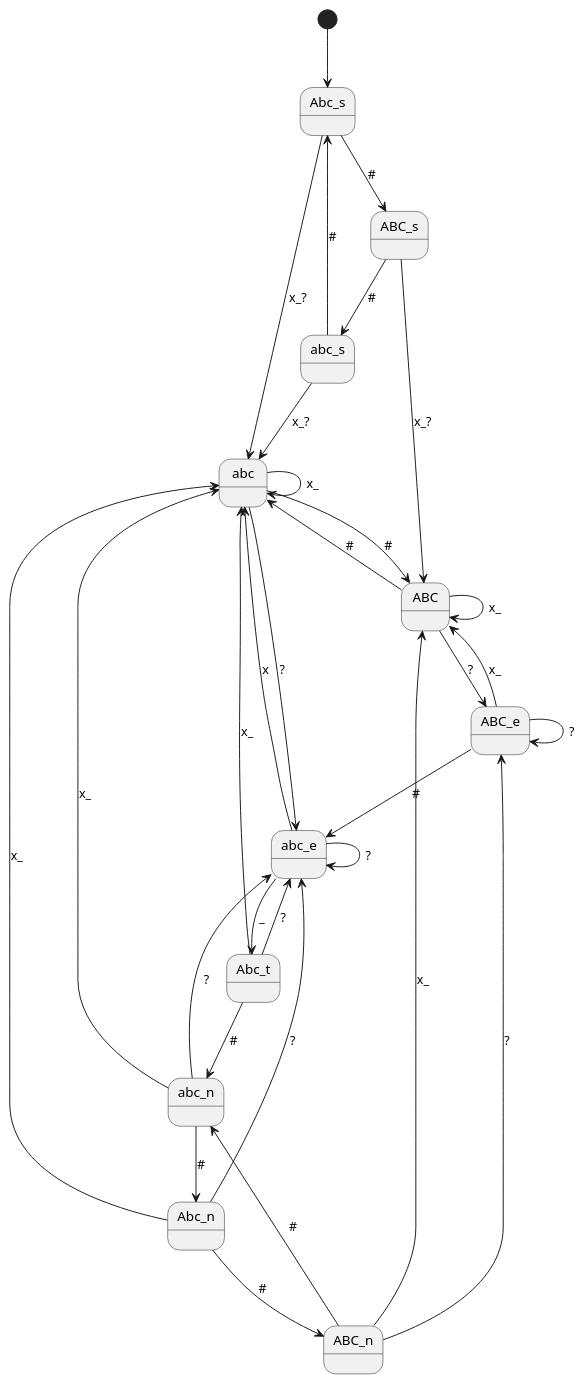
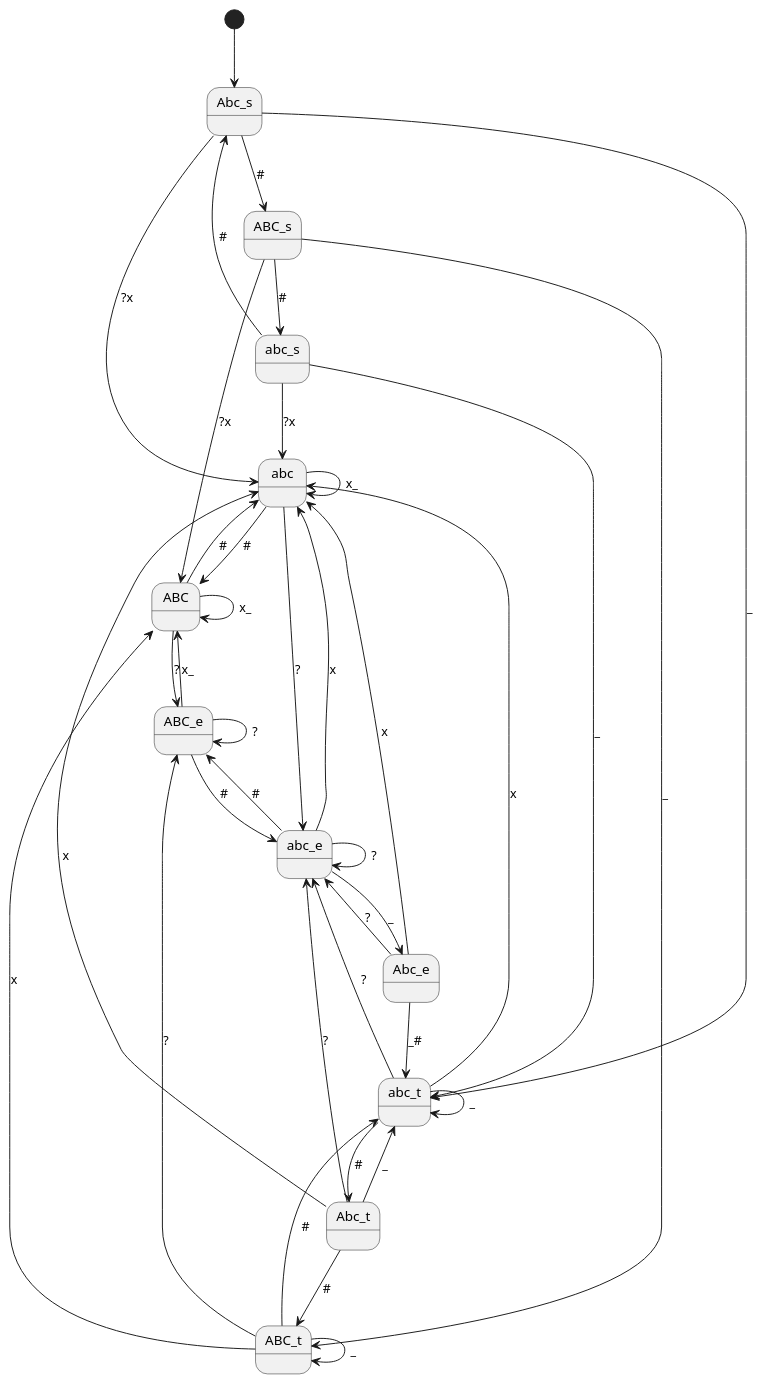
The diagram in lib/logic/tools/crypto_and_encodings/vanity/nokia_1650.puml (S-Man42/GCWizard), drawn with PlantUML before and after one commit. The commit also changed 5 other files, not shown here.

```diff
--- a/lib/logic/tools/crypto_and_encodings/vanity/nokia_1650.puml
+++ b/lib/logic/tools/crypto_and_encodings/vanity/nokia_1650.puml
@@ -1,45 +1,52 @@
 @startuml
 'https://plantuml.com/state-diagram
 [*] --> Abc_s
 
 Abc_s --> ABC_s: #
-Abc_s --> abc: x_?
+Abc_s --> abc_t: _
+Abc_s --> abc: ?x
 
 ABC_s --> abc_s: #
-ABC_s --> ABC: x_?
+ABC_s --> ABC: ?x
+ABC_s --> ABC_t: _
 
 abc_s --> Abc_s: #
-abc_s --> abc: x_?
+abc_s --> abc: ?x
+abc_s --> abc_t: _
 
+abc --> ABC: #
+abc --> abc: x_
 abc --> abc_e: ?
-abc --> abc: x_
-abc --> ABC: #
 
+ABC --> abc: #
 ABC --> ABC: x_
 ABC --> ABC_e: ?
-ABC --> abc: #
 
-ABC_e --> ABC: x_
-ABC_e --> ABC_e: ?
-ABC_e --> abc_e: #
+abc_t --> Abc_t: #
+abc_t --> abc: x
+abc_t --> abc_t: _
+abc_t --> abc_e: ?
 
+Abc_t --> ABC_t: #
+Abc_t --> abc_t: _
+Abc_t --> abc_e: ?
+Abc_t --> abc: x
+
+ABC_t --> abc_t: #
+ABC_t --> ABC_t: _
+ABC_t --> ABC: x
+ABC_t --> ABC_e: ?
+
+abc_e --> Abc_e: _
+abc_e --> ABC_e: #
 abc_e --> abc_e: ?
 abc_e --> abc: x
-abc_e --> Abc_t: _
 
-Abc_t --> abc: x_
-Abc_t --> abc_n: #
-Abc_t --> abc_e: ?
+Abc_e --> abc_t: _#
+Abc_e --> abc_e: ?
+Abc_e --> abc: x
 
-abc_n --> abc: x_
-abc_n --> abc_e: ?
-abc_n --> Abc_n: #
-
-Abc_n --> abc: x_
-Abc_n --> abc_e: ?
-Abc_n --> ABC_n: #
-
-ABC_n --> abc_n: #
-ABC_n --> ABC: x_
-ABC_n --> ABC_e: ?
+ABC_e --> abc_e: #
+ABC_e --> ABC_e: ?
+ABC_e --> ABC: x_
 @enduml
```
